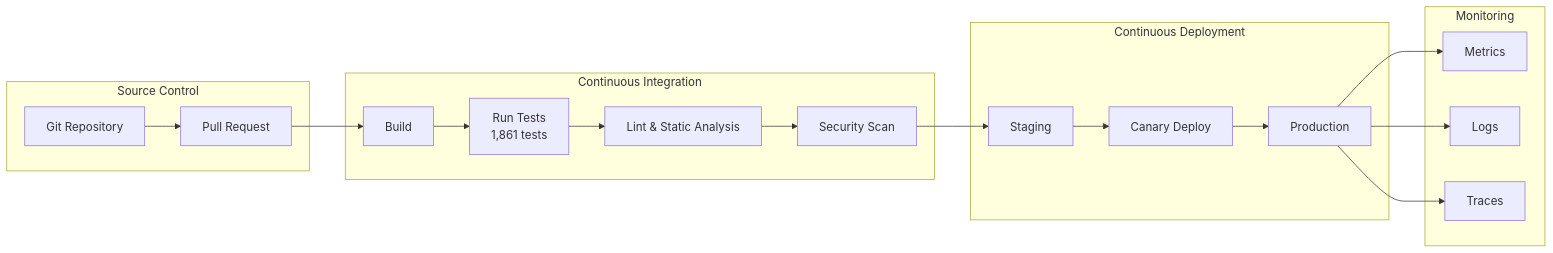
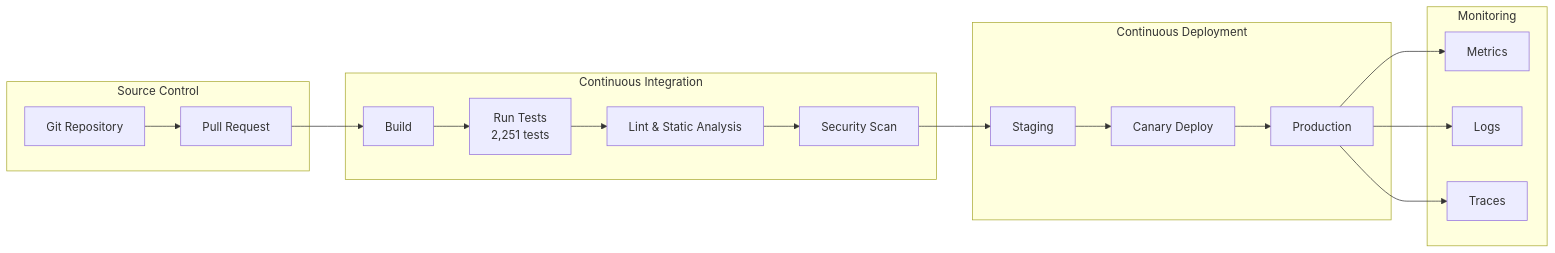
Before and after one commit to AAH20/Apex_Omega: diagram 13 of 14 in README.md, drawn with Mermaid. The commit also changed other lines of this file, not shown here.

Commit message:
docs: correct README test-count claim to verified value

````diff
--- a/README.md
+++ b/README.md
@@ -522,32 +522,32 @@
 ```mermaid
 flowchart LR
     subgraph Source["Source Control"]
         GIT[Git Repository]
         PR[Pull Request]
     end
 
     subgraph CI["Continuous Integration"]
         BUILD[Build]
-        TEST[Run Tests\n1,861 tests]
+        TEST[Run Tests\n2,251 tests]
         LINT[Lint & Static Analysis]
         SCAN[Security Scan]
     end
 
     subgraph CD["Continuous Deployment"]
         STAGE[Staging]
         CANARY[Canary Deploy]
         PROD[Production]
     end
 
     subgraph Monitoring["Monitoring"]
         METRICS[Metrics]
         LOGS[Logs]
         TRACES[Traces]
     end
 
     GIT --> PR --> BUILD --> TEST --> LINT --> SCAN
     SCAN --> STAGE --> CANARY --> PROD
     PROD --> METRICS
     PROD --> LOGS
     PROD --> TRACES
 ```
````
